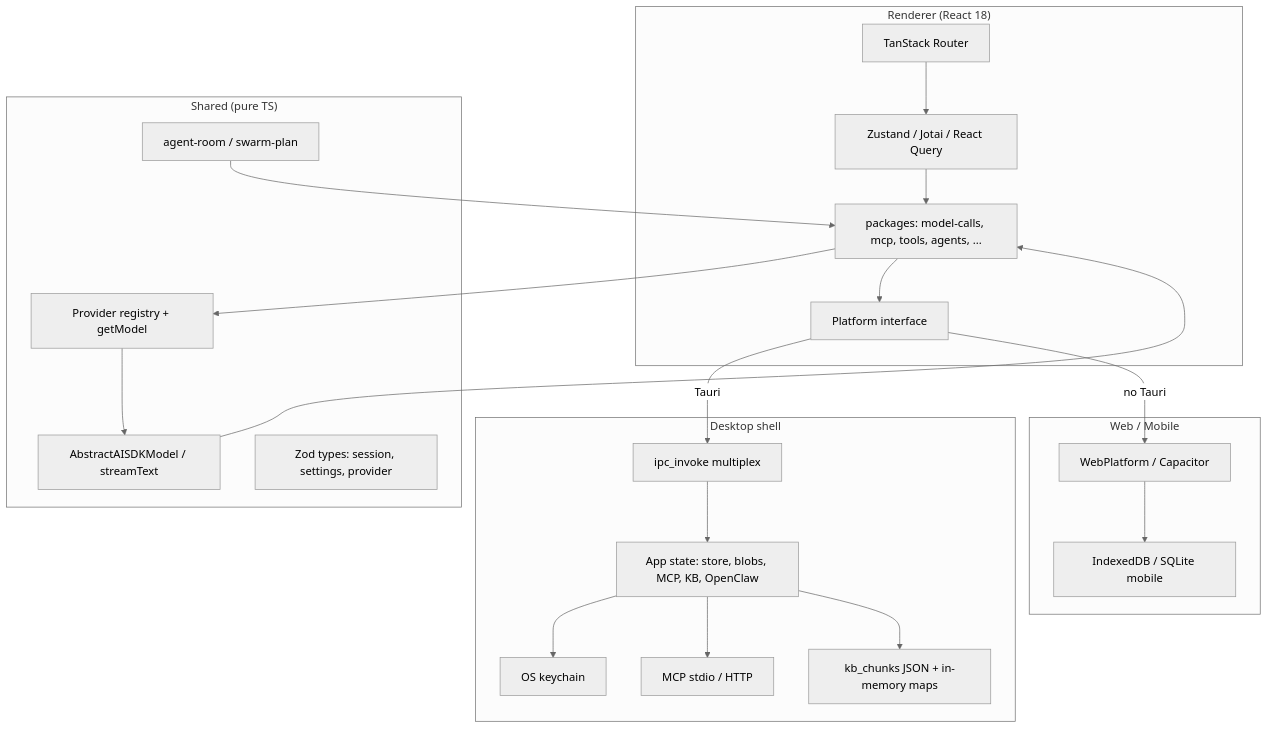
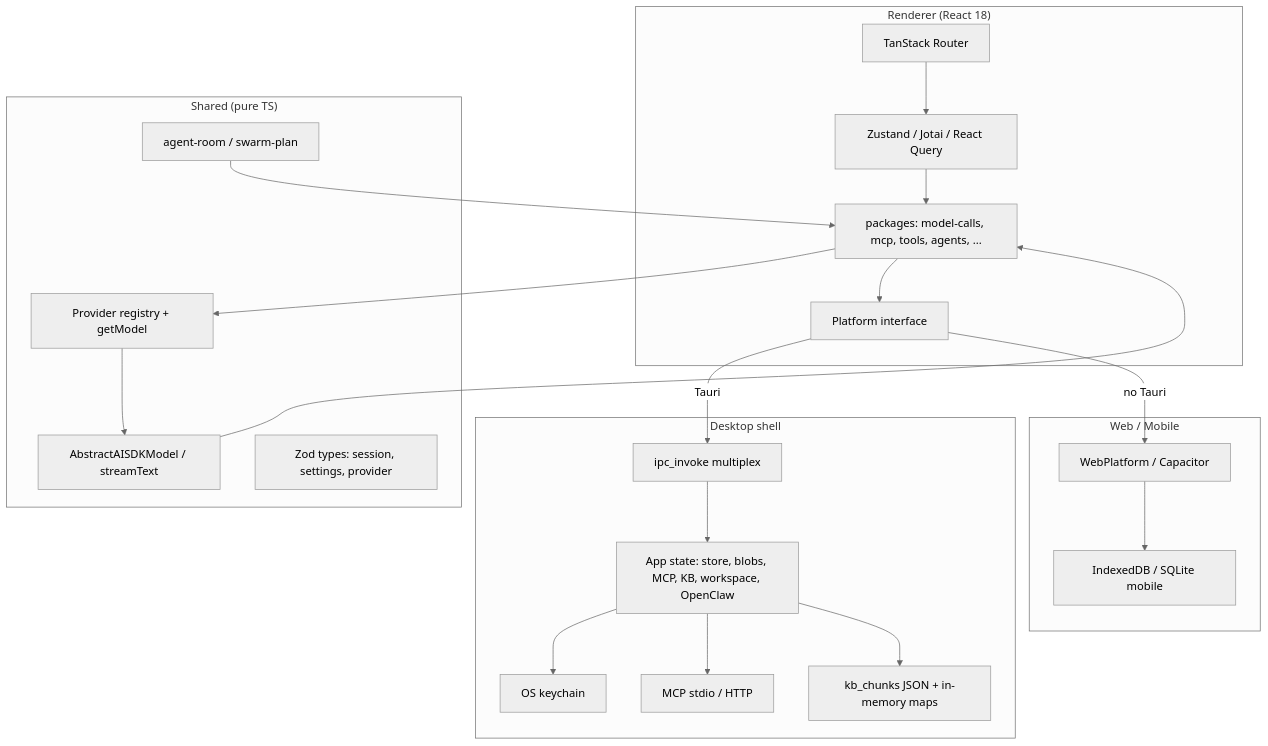
Before and after one commit to nikethai/chaeboxi: the diagram in docs/system-architecture.md, drawn with Mermaid (neutral theme). The commit also changed other lines of this file and 102 other files, not shown here.

````diff
--- a/docs/system-architecture.md
+++ b/docs/system-architecture.md
@@ -12,44 +12,44 @@
 ```mermaid
 flowchart TB
   subgraph UI["Renderer (React 18)"]
     Routes[TanStack Router]
     Stores[Zustand / Jotai / React Query]
     Packages[packages: model-calls, mcp, tools, agents, ...]
     PlatformIface[Platform interface]
   end
 
   subgraph Shared["Shared (pure TS)"]
     Registry[Provider registry + getModel]
     Models[AbstractAISDKModel / streamText]
     Types[Zod types: session, settings, provider]
     Room[agent-room / swarm-plan]
   end
 
   subgraph Shell["Desktop shell"]
     IPC[ipc_invoke multiplex]
-    RustState[App state: store, blobs, MCP, KB, OpenClaw]
+    RustState[App state: store, blobs, MCP, KB, workspace, OpenClaw]
     Keychain[OS keychain]
     MCPProc[MCP stdio / HTTP]
     KBDisk[kb_chunks JSON + in-memory maps]
   end
 
   subgraph WebMobile["Web / Mobile"]
     WebPlat[WebPlatform / Capacitor]
     IDB[IndexedDB / SQLite mobile]
   end
 
   Routes --> Stores
   Stores --> Packages
   Packages --> Registry
   Packages --> PlatformIface
   Registry --> Models
   Models --> Packages
   Room --> Packages
   PlatformIface -->|Tauri| IPC
   PlatformIface -->|no Tauri| WebPlat
   IPC --> RustState
   RustState --> Keychain
   RustState --> MCPProc
   RustState --> KBDisk
   WebPlat --> IDB
 ```
````
